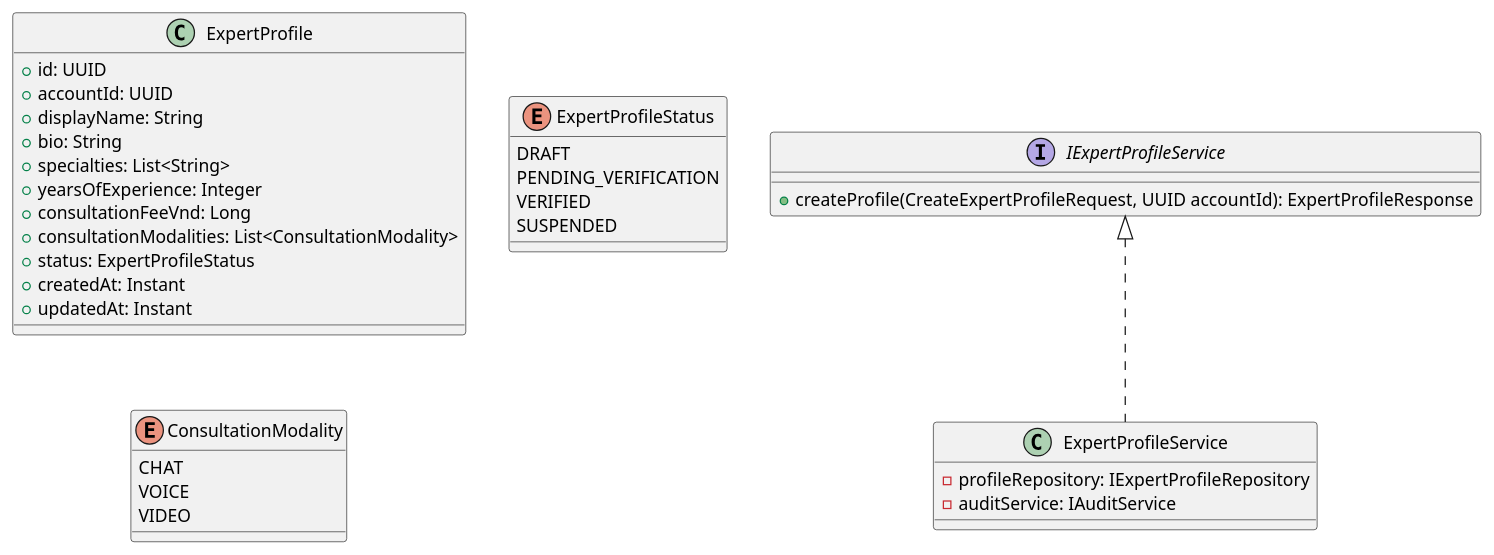
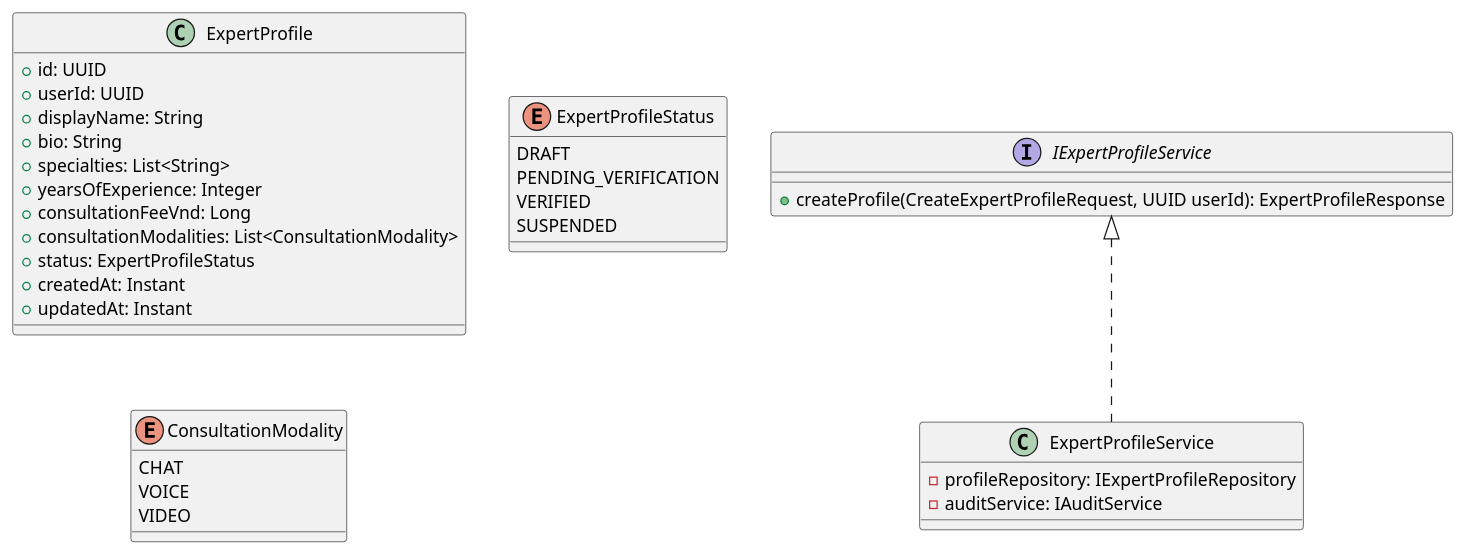
Before and after one commit to ChuongBDHE172784/CareBridge_SEP490_G79: the first of 3 diagrams in 04_Implement/UC87_CreateExpertProfile/UC87_CreateExpertProfile_TDS.md, drawn with PlantUML. The commit also changed other lines of this file and 7 other files, not shown here.

````diff
--- a/04_Implement/UC87_CreateExpertProfile/UC87_CreateExpertProfile_TDS.md
+++ b/04_Implement/UC87_CreateExpertProfile/UC87_CreateExpertProfile_TDS.md
@@ -115,35 +120,35 @@
 ```plantuml
 @startuml ExpertProfile_ClassDiagram
 class ExpertProfile {
   + id: UUID
-  + accountId: UUID
+  + userId: UUID
   + displayName: String
   + bio: String
   + specialties: List<String>
   + yearsOfExperience: Integer
   + consultationFeeVnd: Long
   + consultationModalities: List<ConsultationModality>
   + status: ExpertProfileStatus
   + createdAt: Instant
   + updatedAt: Instant
 }
 enum ExpertProfileStatus {
   DRAFT
   PENDING_VERIFICATION
   VERIFIED
   SUSPENDED
 }
 enum ConsultationModality {
   CHAT
   VOICE
   VIDEO
 }
 interface IExpertProfileService {
-  + createProfile(CreateExpertProfileRequest, UUID accountId): ExpertProfileResponse
+  + createProfile(CreateExpertProfileRequest, UUID userId): ExpertProfileResponse
 }
 class ExpertProfileService implements IExpertProfileService {
   - profileRepository: IExpertProfileRepository
   - auditService: IAuditService
 }
 @enduml
 ```
````
